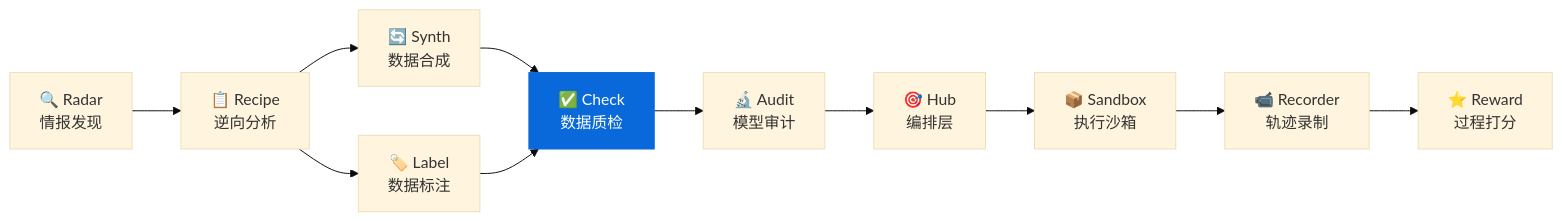
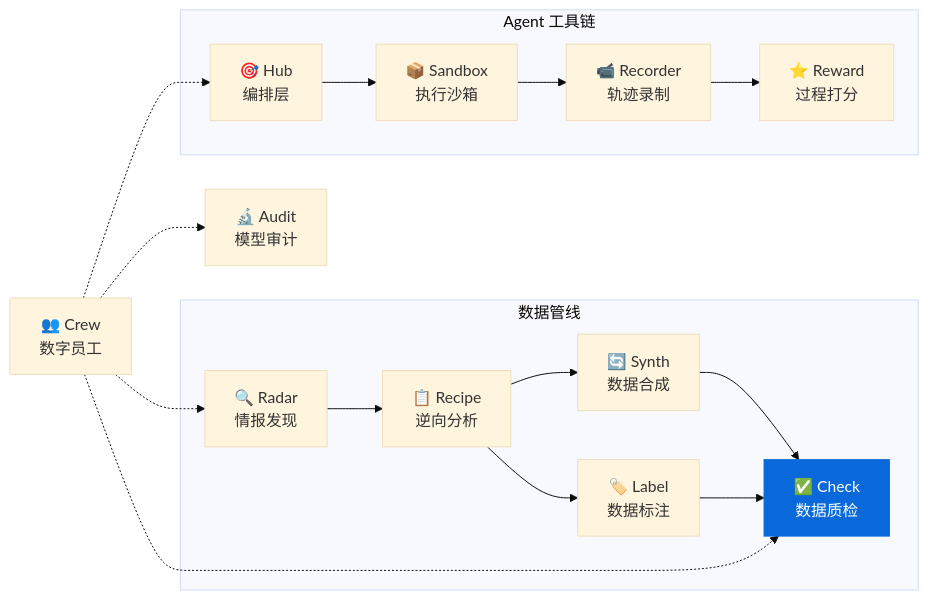
One commit to liuxiaotong/data-check changed the diagram in README.md. Above: the diagram before and after it, drawn with Mermaid (base theme). The commit also changed other lines of this file, not shown here.

Commit message:
docs: 更新生态表格和 Mermaid 图，新增 Crew 项目

````diff
--- a/README.md
+++ b/README.md
@@ -628,14 +628,22 @@
 ```mermaid
 graph LR
-    Radar["🔍 Radar<br/>情报发现"] --> Recipe["📋 Recipe<br/>逆向分析"]
-    Recipe --> Synth["🔄 Synth<br/>数据合成"]
-    Recipe --> Label["🏷️ Label<br/>数据标注"]
-    Synth --> Check["✅ Check<br/>数据质检"]
-    Label --> Check
-    Check --> Audit["🔬 Audit<br/>模型审计"]
-    Audit --> Hub["🎯 Hub<br/>编排层"]
-    Hub --> Sandbox["📦 Sandbox<br/>执行沙箱"]
-    Sandbox --> Recorder["📹 Recorder<br/>轨迹录制"]
-    Recorder --> Reward["⭐ Reward<br/>过程打分"]
+    subgraph 数据管线
+        Radar["🔍 Radar<br/>情报发现"] --> Recipe["📋 Recipe<br/>逆向分析"]
+        Recipe --> Synth["🔄 Synth<br/>数据合成"]
+        Recipe --> Label["🏷️ Label<br/>数据标注"]
+        Synth --> Check["✅ Check<br/>数据质检"]
+        Label --> Check
+    end
+    Audit["🔬 Audit<br/>模型审计"]
+    subgraph Agent 工具链
+        Hub["🎯 Hub<br/>编排层"] --> Sandbox["📦 Sandbox<br/>执行沙箱"]
+        Sandbox --> Recorder["📹 Recorder<br/>轨迹录制"]
+        Recorder --> Reward["⭐ Reward<br/>过程打分"]
+    end
+    Crew["👥 Crew<br/>数字员工"]
+    Crew -.-> Radar
+    Crew -.-> Check
+    Crew -.-> Audit
+    Crew -.-> Hub
     style Check fill:#0969da,color:#fff,stroke:#0969da
 ```
````
